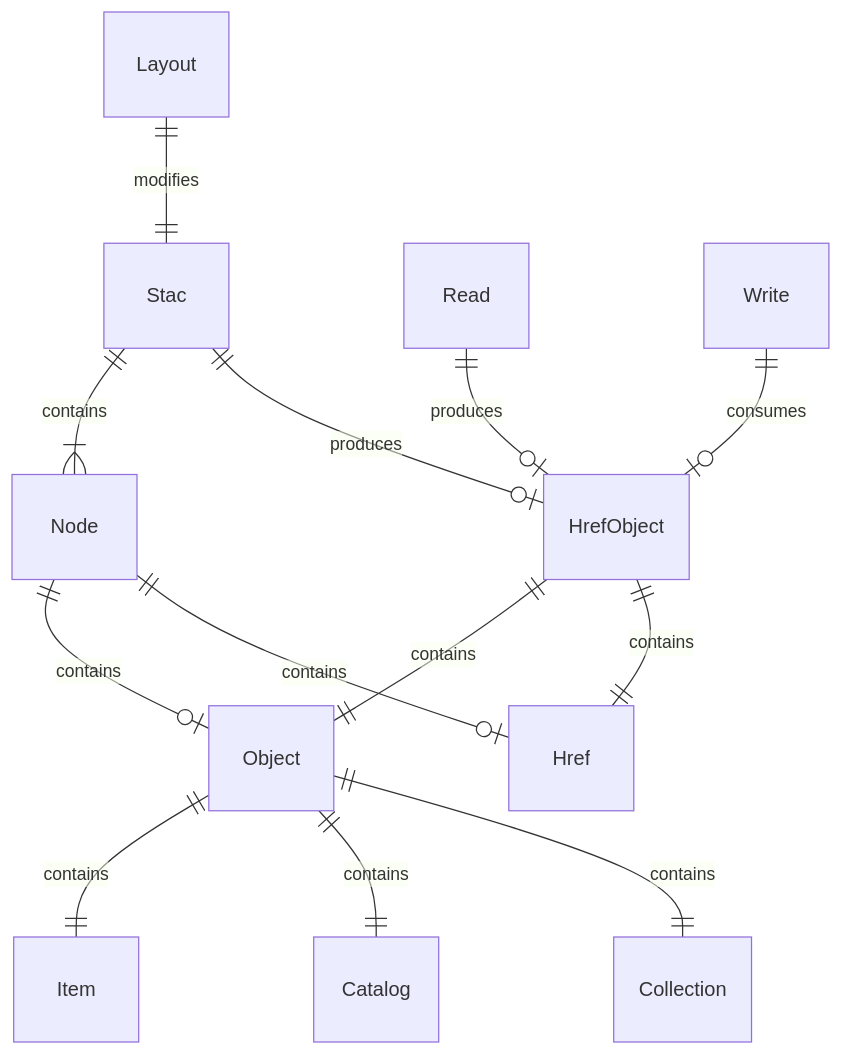
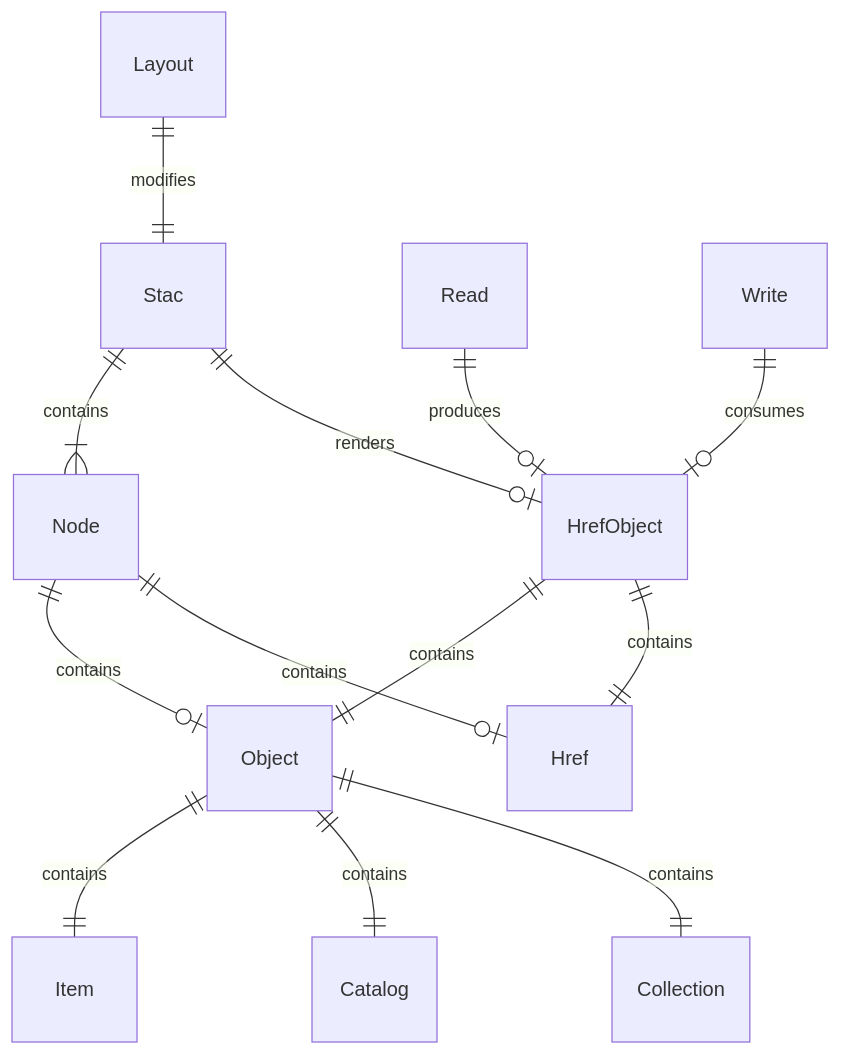
The diagram in ARCHITECTURE.md (stac-utils/stac-rs), drawn with Mermaid before and after one commit. The commit also changed 2 other files, not shown here.

Commit message:
feat: allow one-at-a-time rendering

````diff
--- a/ARCHITECTURE.md
+++ b/ARCHITECTURE.md
@@ -3,15 +3,15 @@
 ```mermaid
 erDiagram
     Object ||--|| Item : contains
     Object ||--|| Catalog : contains
     Object ||--|| Collection : contains
     HrefObject ||--|| Object : contains
     HrefObject ||--|| Href : contains
     Stac ||--|{ Node : contains
-    Stac ||--o| HrefObject : produces
+    Stac ||--o| HrefObject : renders
     Node ||--o| Object : contains
     Node ||--o| Href : contains
     Read ||--o| HrefObject : produces
     Write ||--o| HrefObject : consumes
     Layout ||--|| Stac : modifies
 ```
````
